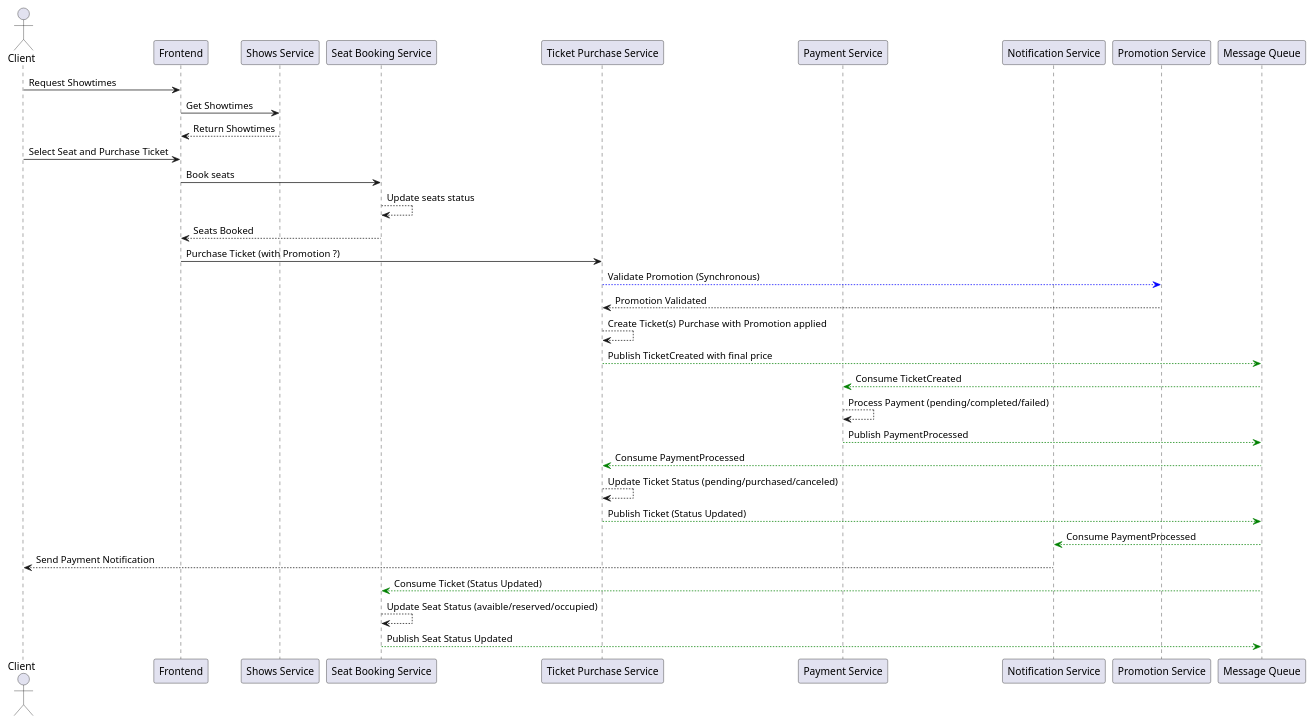
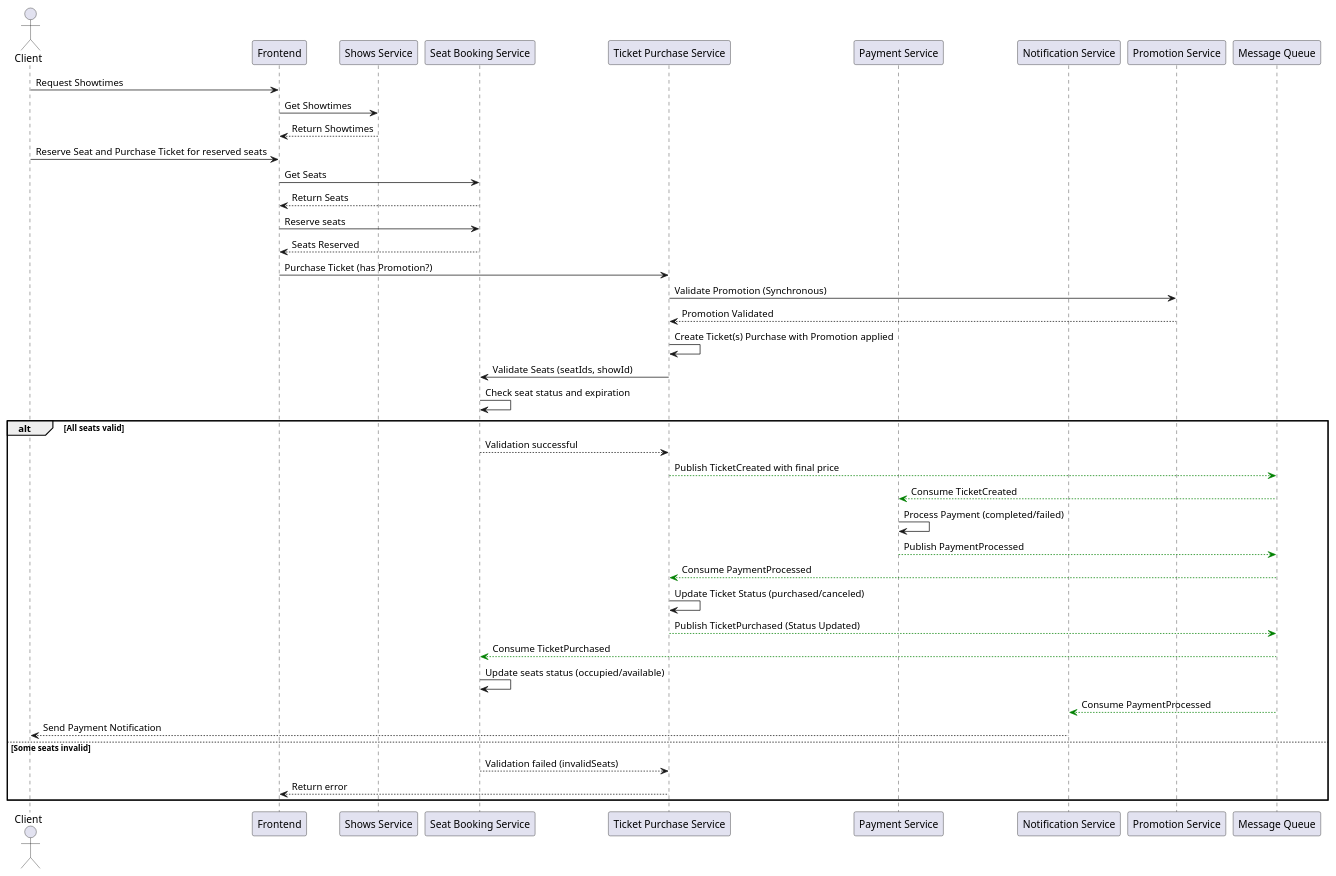
The diagram in plantUML_secuenceDiagExample.puml (dcer1989/GestionTicketsMS), drawn with PlantUML before and after one commit. The commit also changed 4 other files, not shown here.

```diff
--- a/plantUML_secuenceDiagExample.puml
+++ b/plantUML_secuenceDiagExample.puml
@@ -1,48 +1,59 @@
 @startuml SequenceDiagram
 
 actor Client
 participant "Frontend" as FE
 participant "Shows Service" as ShowsService
 participant "Seat Booking Service" as SeatBookingService
 participant "Ticket Purchase Service" as TicketPurchaseService
 participant "Payment Service" as PaymentService
 participant "Notification Service" as NotificationService
 participant "Promotion Service" as PromotionService
 participant "Message Queue" as MQ
 
 ' Flujo: Cliente visualiza horarios de programas
 Client -> FE: Request Showtimes
 FE -> ShowsService: Get Showtimes
 ShowsService --> FE: Return Showtimes
 
-' Flujo: Cliente selecciona asiento y compra ticket
-Client -> FE: Select Seat and Purchase Ticket
-FE -> SeatBookingService: Book seats
-SeatBookingService --> SeatBookingService: Update seats status
-SeatBookingService --> FE : Seats Booked
-FE -> TicketPurchaseService: Purchase Ticket (with Promotion ?)
-TicketPurchaseService -[#blue]-> PromotionService: Validate Promotion (Synchronous)
+' Flujo: Cliente selecciona asiento
+Client -> FE: Reserve Seat and Purchase Ticket for reserved seats
+FE -> SeatBookingService: Get Seats
+SeatBookingService --> FE: Return Seats
+
+' Flujo: Cliente selecciona compra ticket
+FE -> SeatBookingService: Reserve seats
+SeatBookingService --> FE : Seats Reserved
+FE -> TicketPurchaseService: Purchase Ticket (has Promotion?)
+TicketPurchaseService -> PromotionService: Validate Promotion (Synchronous)
 PromotionService --> TicketPurchaseService: Promotion Validated
-TicketPurchaseService --> TicketPurchaseService: Create Ticket(s) Purchase with Promotion applied
-TicketPurchaseService -[#green]-> MQ: Publish TicketCreated with final price
+TicketPurchaseService -> TicketPurchaseService: Create Ticket(s) Purchase with Promotion applied
+TicketPurchaseService -> SeatBookingService: Validate Seats (seatIds, showId) 
+SeatBookingService -> SeatBookingService: Check seat status and expiration
 
-' Procesamiento del pago
-MQ -[#green]-> PaymentService: Consume TicketCreated
-PaymentService --> PaymentService: Process Payment (pending/completed/failed)
-PaymentService -[#green]-> MQ: Publish PaymentProcessed
+alt All seats valid
+    SeatBookingService --> TicketPurchaseService: Validation successful
+    TicketPurchaseService -[#green]-> MQ: Publish TicketCreated with final price
 
-' Actualización del estado del ticket
-MQ -[#green]-> TicketPurchaseService: Consume PaymentProcessed
-TicketPurchaseService --> TicketPurchaseService: Update Ticket Status (pending/purchased/canceled)
-TicketPurchaseService -[#green]-> MQ: Publish Ticket (Status Updated)
+    ' Procesamiento del pago
+    MQ -[#green]-> PaymentService: Consume TicketCreated
+    PaymentService -> PaymentService: Process Payment (completed/failed)
+    PaymentService -[#green]-> MQ: Publish PaymentProcessed
 
-' Notificación al cliente
-MQ -[#green]-> NotificationService: Consume PaymentProcessed
-NotificationService --> Client: Send Payment Notification
+    ' Actualización del estado del ticket
+    MQ -[#green]-> TicketPurchaseService: Consume PaymentProcessed
+    TicketPurchaseService -> TicketPurchaseService: Update Ticket Status (purchased/canceled)
+    TicketPurchaseService -[#green]-> MQ: Publish TicketPurchased (Status Updated)
 
-' Flujo: Actualización de asientos
-MQ -[#green]-> SeatBookingService: Consume Ticket (Status Updated)
-SeatBookingService --> SeatBookingService: Update Seat Status (avaible/reserved/occupied)
-SeatBookingService -[#green]-> MQ: Publish Seat Status Updated
+    ' Flujo: Actualización de asientos
+    MQ -[#green]-> SeatBookingService: Consume TicketPurchased
+    SeatBookingService -> SeatBookingService: Update seats status (occupied/available)
+
+    ' Notificación al cliente
+    MQ -[#green]-> NotificationService: Consume PaymentProcessed
+    NotificationService --> Client: Send Payment Notification
+else Some seats invalid
+    SeatBookingService --> TicketPurchaseService: Validation failed (invalidSeats)
+    TicketPurchaseService --> FE: Return error
+end
 
 @enduml
```
